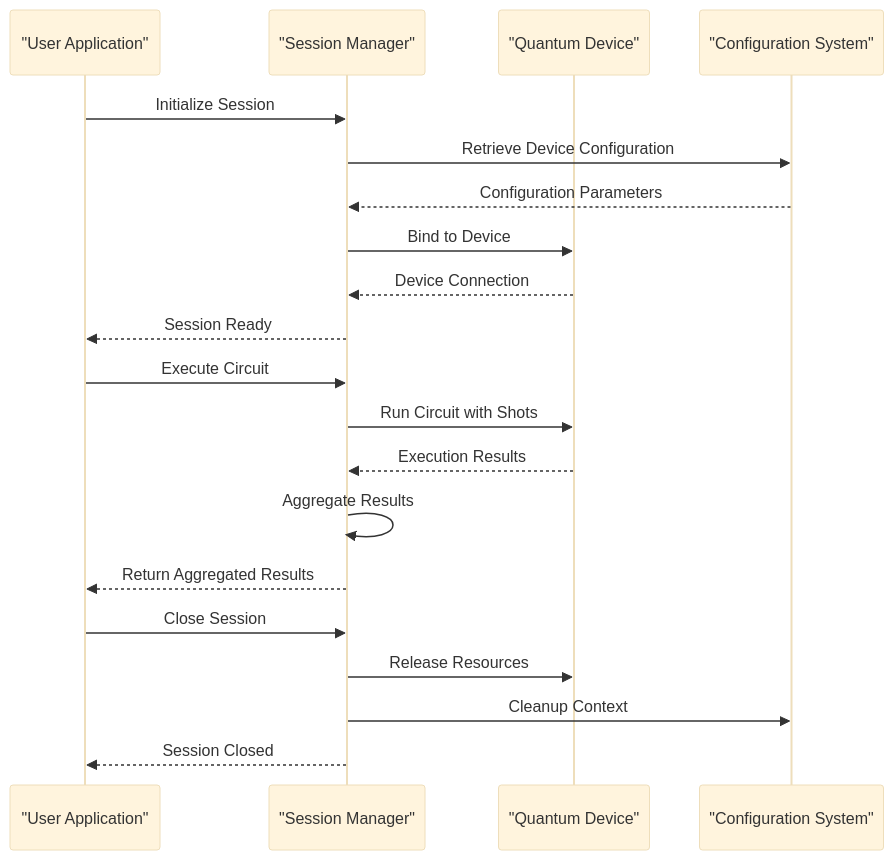
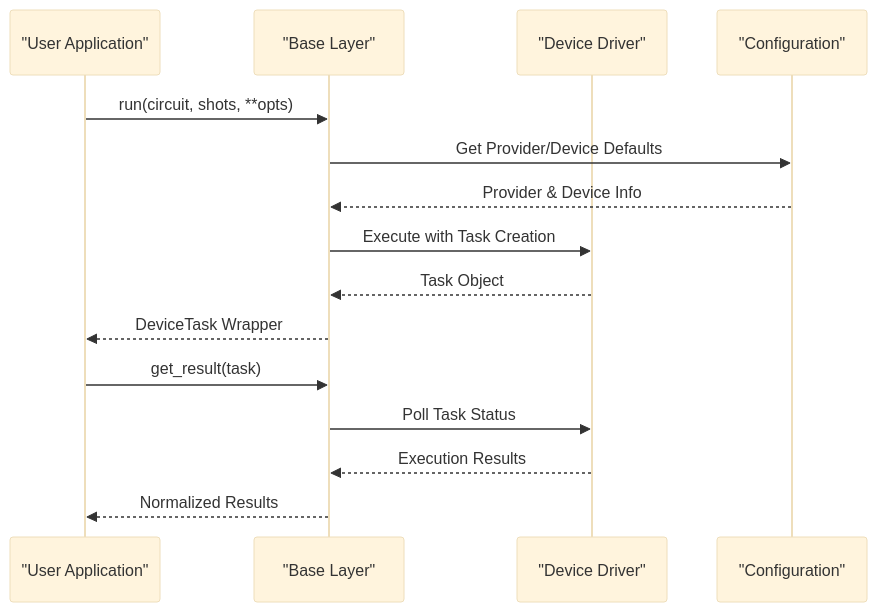
One commit to QureGenAI-Biotech/TyxonQ changed the second of 4 diagrams in .qoder/repowiki/en/content/Device Configuration and Session Management.md. Above: the diagram before and after it, drawn with Mermaid (base theme). The commit also changed other lines of this file and 516 other files, not shown here.

````diff
--- a/.qoder/repowiki/en/content/Device Configuration and Session Management.md
+++ b/.qoder/repowiki/en/content/Device Configuration and Session Management.md
@@ -57,22 +67,17 @@
 ```mermaid
 sequenceDiagram
 participant User as "User Application"
-participant Session as "Session Manager"
-participant Device as "Quantum Device"
-participant Config as "Configuration System"
-User->>Session : Initialize Session
-Session->>Config : Retrieve Device Configuration
-Config-->>Session : Configuration Parameters
-Session->>Device : Bind to Device
-Device-->>Session : Device Connection
-Session-->>User : Session Ready
-User->>Session : Execute Circuit
-Session->>Device : Run Circuit with Shots
-Device-->>Session : Execution Results
-Session->>Session : Aggregate Results
-Session-->>User : Return Aggregated Results
-User->>Session : Close Session
-Session->>Device : Release Resources
-Session->>Config : Cleanup Context
-Session-->>User : Session Closed
+participant Base as "Base Layer"
+participant Driver as "Device Driver"
+participant Config as "Configuration"
+User->>Base : run(circuit, shots, **opts)
+Base->>Config : Get Provider/Device Defaults
+Config-->>Base : Provider & Device Info
+Base->>Driver : Execute with Task Creation
+Driver-->>Base : Task Object
+Base-->>User : DeviceTask Wrapper
+User->>Base : get_result(task)
+Base->>Driver : Poll Task Status
+Driver-->>Base : Execution Results
+Base-->>User : Normalized Results
 ```
````
